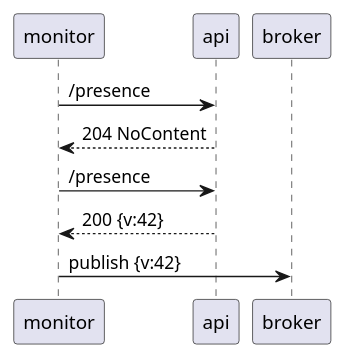
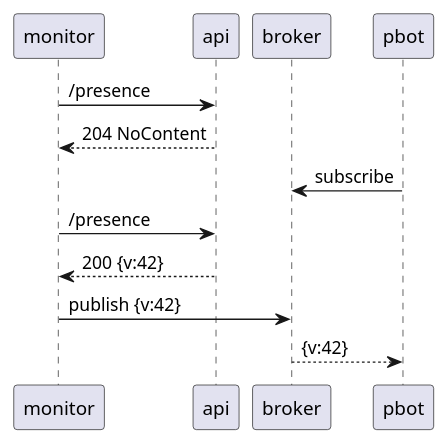
The diagram in README.md (michaelkargl/PresenceMonitor), drawn with PlantUML before and after one commit. The commit also changed other lines of this file and 3 other files, not shown here.

````diff
--- a/README.md
+++ b/README.md
@@ -29,9 +12,11 @@
 ```plantuml
 @startuml
 monitor -> api: /presence
 api --> monitor: 204 NoContent
+broker <- pbot : subscribe
 monitor -> api: /presence
 api --> monitor: 200 {v:42}
 monitor -> broker: publish {v:42}
+broker --> pbot: {v:42}
 @enduml
 ```
````
